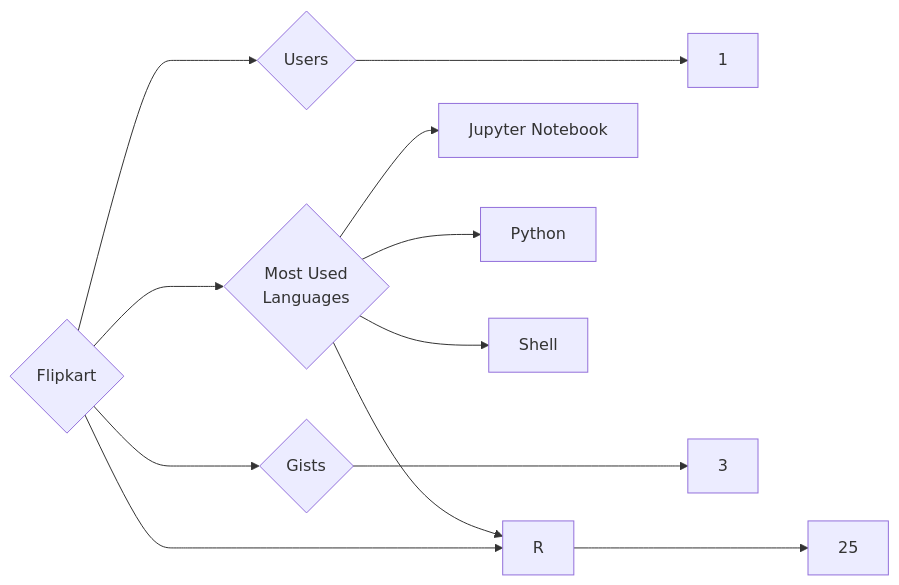
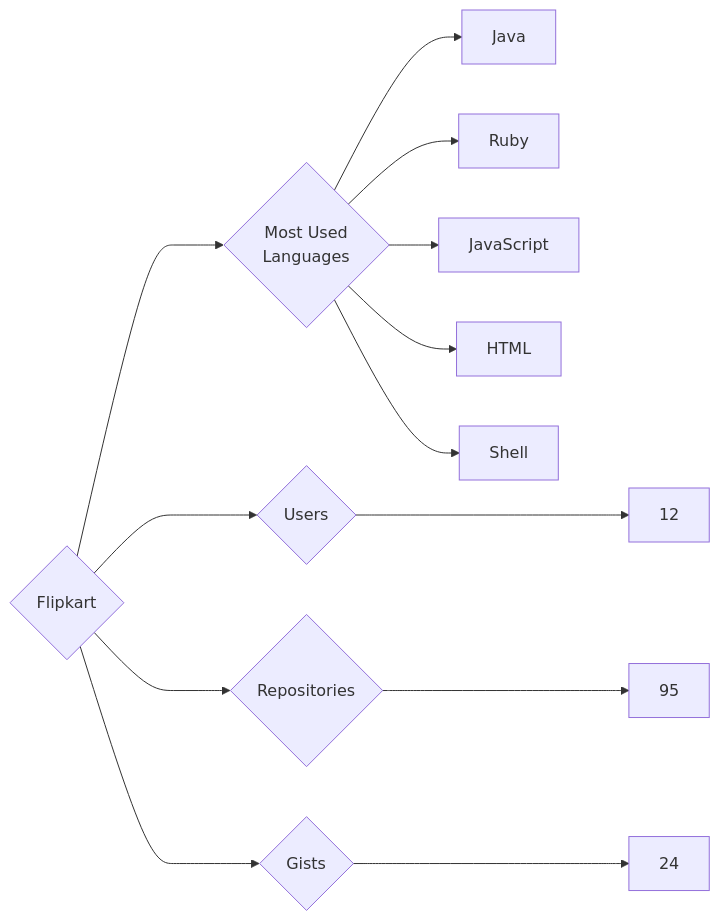
The diagram in targets/Flipkart/README.md (trickest/insiders), drawn with Mermaid before and after one commit. The commit also changed 676 other files, not shown here.

````diff
--- a/targets/Flipkart/README.md
+++ b/targets/Flipkart/README.md
@@ -3,12 +3,13 @@
 ```mermaid
 graph LR
 COMPANY_NAME{Flipkart}
-COMPANY_NAME ---> U{Users} ---> UN[1]
-COMPANY_NAME ---> R{Repositories} ---> RN[25]
-COMPANY_NAME ---> G{Gists} ---> GN[3]
+COMPANY_NAME ---> U{Users} ---> UN[12]
+COMPANY_NAME ---> R{Repositories} ---> RN[95]
+COMPANY_NAME ---> G{Gists} ---> GN[24]
 COMPANY_NAME ---> ML{Most Used<br>Languages}
-ML --> Jupyter_Notebook[Jupyter Notebook]
-ML --> Python[Python]
+ML --> Java[Java]
+ML --> Ruby[Ruby]
+ML --> JavaScript[JavaScript]
+ML --> HTML[HTML]
 ML --> Shell[Shell]
-ML --> R[R]
 ```
````
